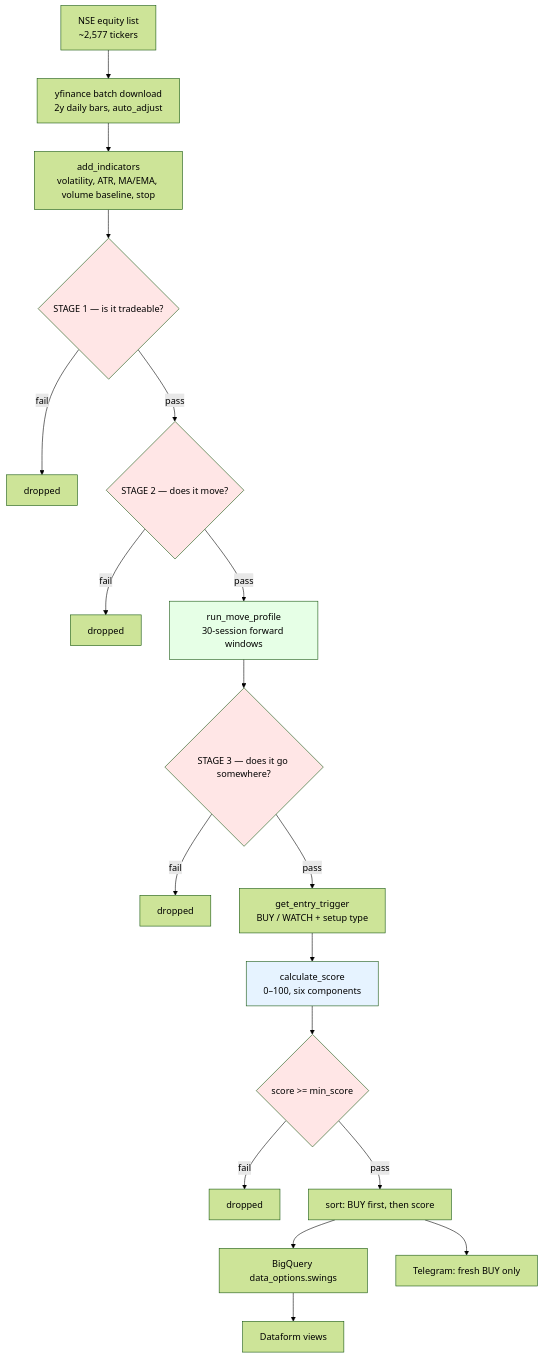
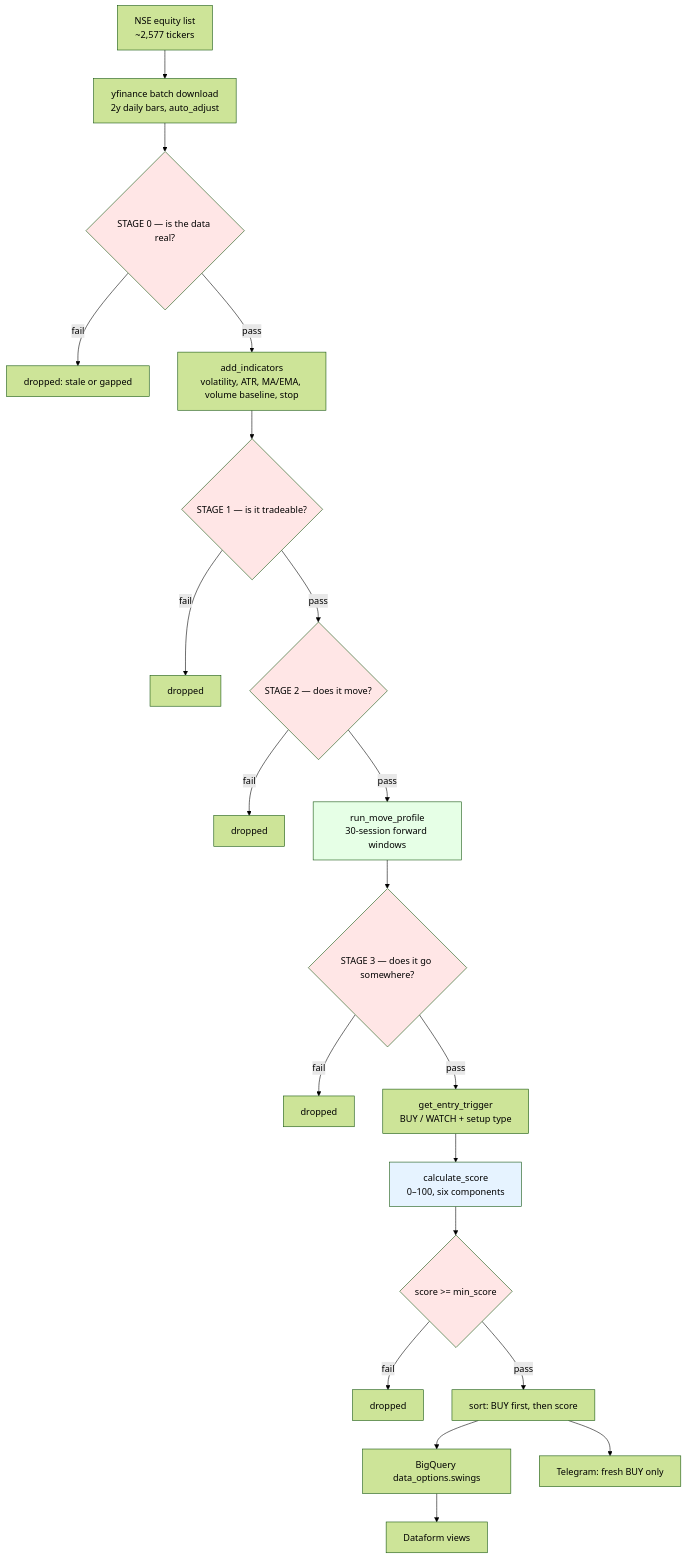
Before and after one commit to RSudarshanreddy/Pedian: the diagram in ARCHITECTURE.md, drawn with Mermaid (forest theme). The commit also changed other lines of this file and 1 other file, not shown here.

````diff
--- a/ARCHITECTURE.md
+++ b/ARCHITECTURE.md
@@ -14,31 +14,34 @@
 ```mermaid
 flowchart TD
     A["NSE equity list<br/>~2,577 tickers"] --> B["yfinance batch download<br/>2y daily bars, auto_adjust"]
-    B --> C["add_indicators<br/>volatility, ATR, MA/EMA, volume baseline, stop"]
+    B --> B2{"STAGE 0 — is the data real?"}
+    B2 -->|"fail"| X0["dropped: stale or gapped"]
+    B2 -->|"pass"| C["add_indicators<br/>volatility, ATR, MA/EMA, volume baseline, stop"]
 
     C --> D{"STAGE 1 — is it tradeable?"}
     D -->|"fail"| X1["dropped"]
     D -->|"pass"| E{"STAGE 2 — does it move?"}
     E -->|"fail"| X2["dropped"]
     E -->|"pass"| F["run_move_profile<br/>30-session forward windows"]
 
     F --> G{"STAGE 3 — does it go somewhere?"}
     G -->|"fail"| X3["dropped"]
     G -->|"pass"| H["get_entry_trigger<br/>BUY / WATCH + setup type"]
 
     H --> I["calculate_score<br/>0–100, six components"]
     I --> J{"score >= min_score"}
     J -->|"fail"| X4["dropped"]
     J -->|"pass"| K["sort: BUY first, then score"]
 
     K --> L["BigQuery data_options.swings"]
     K --> M["Telegram: fresh BUY only"]
     L --> N["Dataform views"]
 
+    style B2 fill:#ffe6e6
     style D fill:#ffe6e6
     style E fill:#ffe6e6
     style G fill:#ffe6e6
     style J fill:#ffe6e6
     style I fill:#e6f3ff
     style F fill:#e6ffe6
 ```
````
